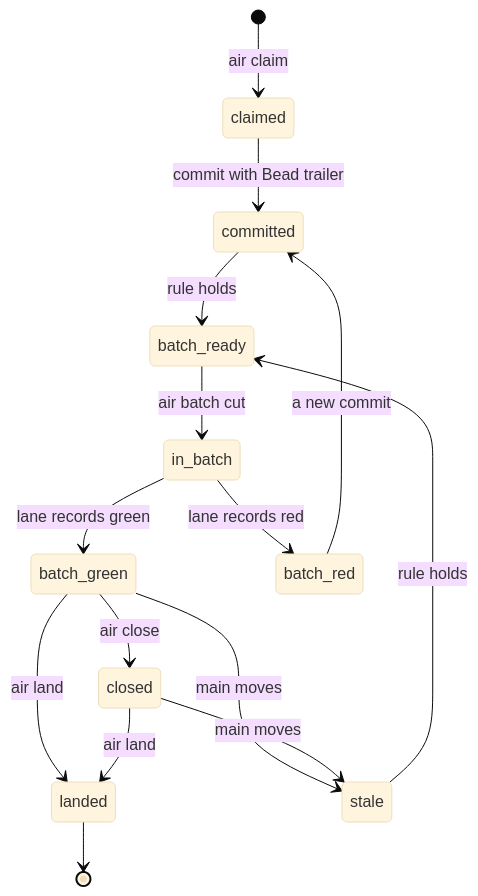
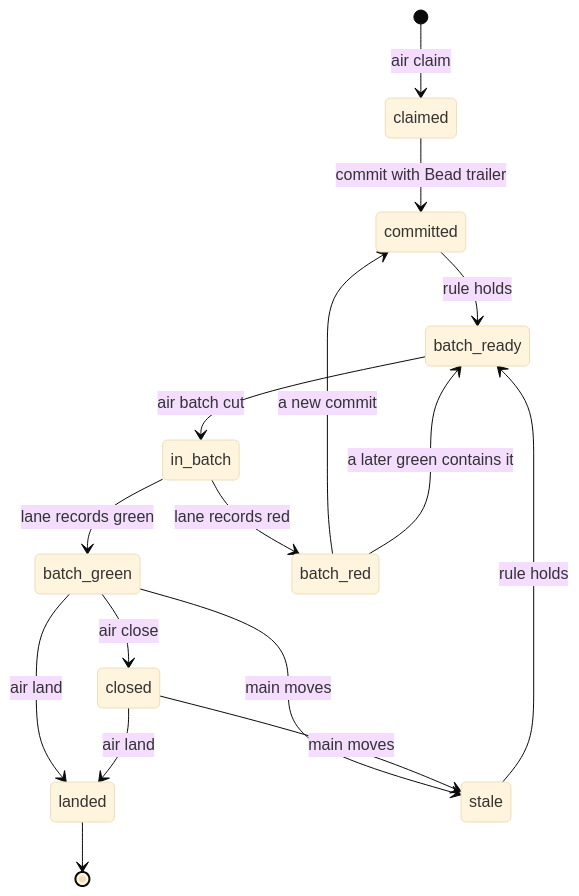
One commit to AJTJ/airunner changed the third of 8 diagrams in docs/design.md. Above: the diagram before and after it, drawn with Mermaid (base theme). The commit also changed other lines of this file and 5 other files, not shown here.

````diff
--- a/docs/design.md
+++ b/docs/design.md
@@ -248,17 +248,18 @@
 ```mermaid
 stateDiagram-v2
   [*] --> claimed: air claim
   claimed --> committed: commit with Bead trailer
   committed --> batch_ready: rule holds
   batch_ready --> in_batch: air batch cut
   in_batch --> batch_green: lane records green
   in_batch --> batch_red: lane records red
   batch_red --> committed: a new commit
+  batch_red --> batch_ready: a later green contains it
   batch_green --> closed: air close
   batch_green --> landed: air land
   closed --> landed: air land
   batch_green --> stale: main moves
   closed --> stale: main moves
   stale --> batch_ready: rule holds
   landed --> [*]
 ```
````
